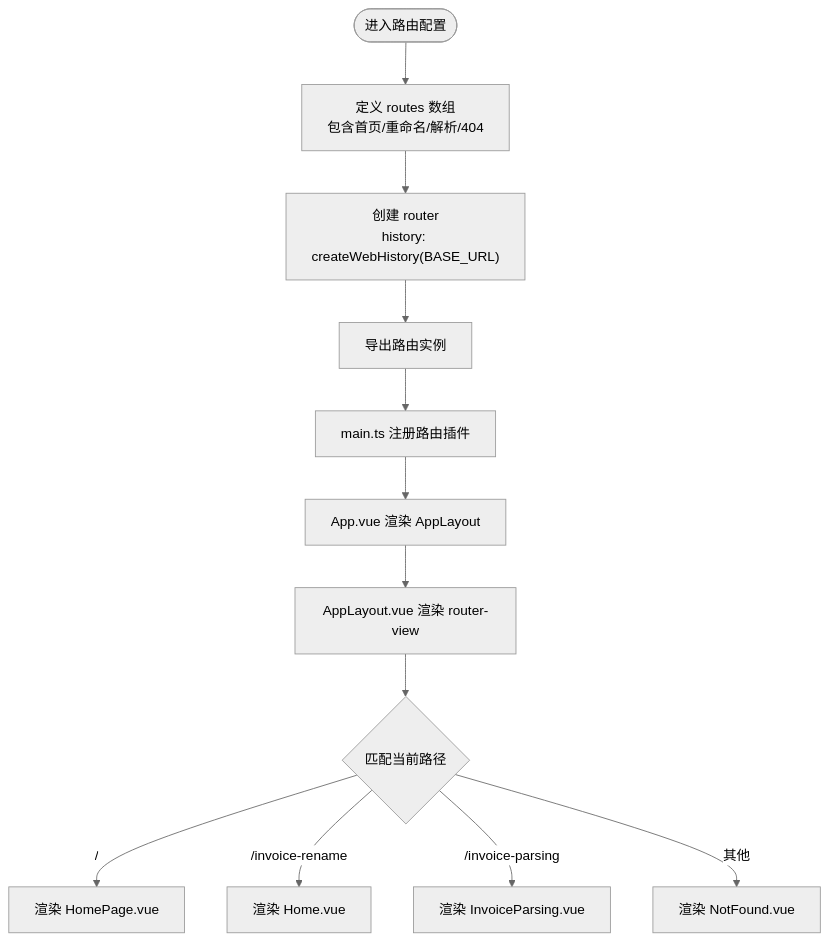
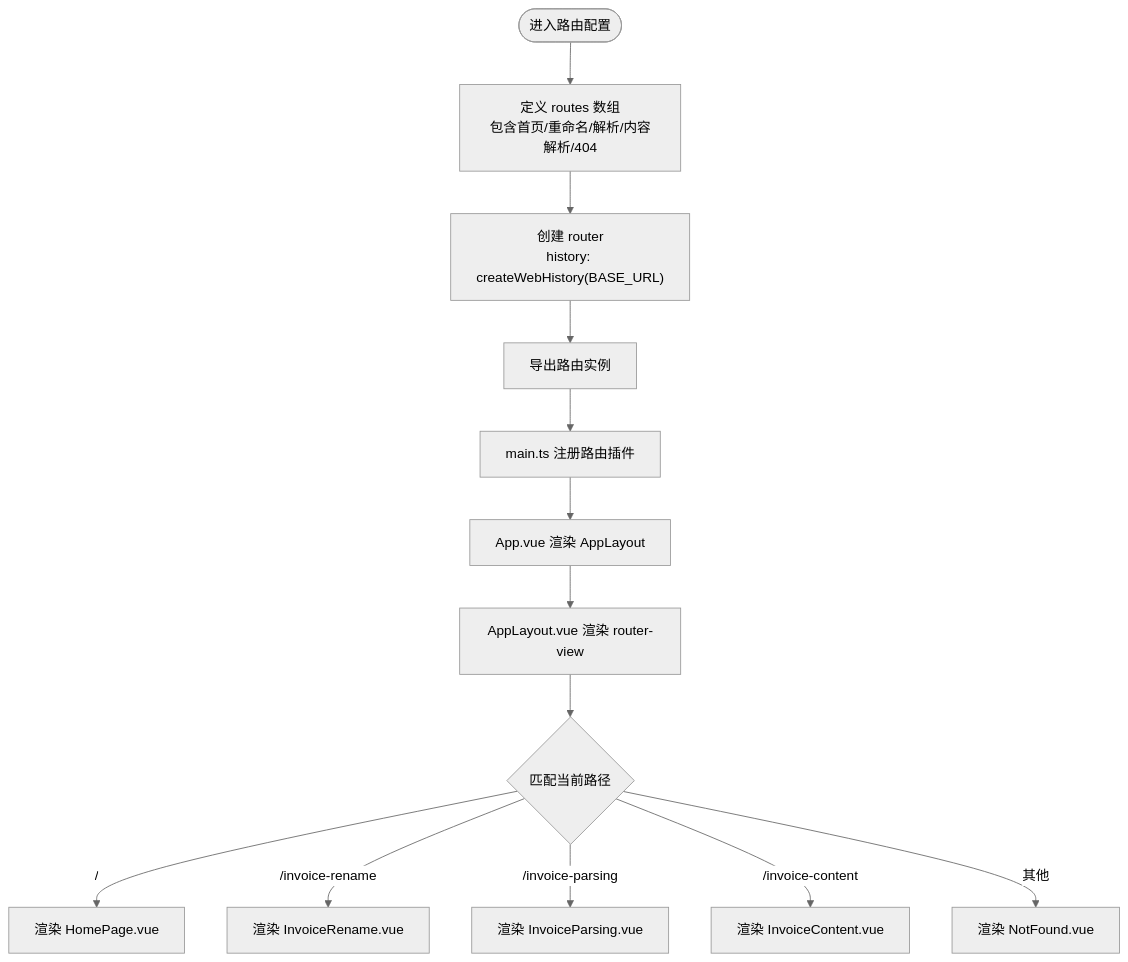
The third of 7 diagrams in .qoder/repowiki/zh/content/路由与导航.md (dunhuixiao/FinanceTools), drawn with Mermaid (neutral theme) before and after one commit. The commit also changed other lines of this file and 20 other files, not shown here.

````diff
--- a/.qoder/repowiki/zh/content/路由与导航.md
+++ b/.qoder/repowiki/zh/content/路由与导航.md
@@ -128,14 +137,15 @@
 ```mermaid
 flowchart TD
-Start(["进入路由配置"]) --> DefineRoutes["定义 routes 数组<br/>包含首页/重命名/解析/404"]
+Start(["进入路由配置"]) --> DefineRoutes["定义 routes 数组<br/>包含首页/重命名/解析/内容解析/404"]
 DefineRoutes --> History["创建 router<br/>history: createWebHistory(BASE_URL)"]
 History --> Export["导出路由实例"]
 Export --> UseInApp["main.ts 注册路由插件"]
 UseInApp --> RenderLayout["App.vue 渲染 AppLayout"]
 RenderLayout --> LayoutContainer["AppLayout.vue 渲染 router-view"]
 LayoutContainer --> MatchRoute{"匹配当前路径"}
 MatchRoute --> |"/"| HomePage["渲染 HomePage.vue"]
-MatchRoute --> |"/invoice-rename"| InvoiceRename["渲染 Home.vue"]
+MatchRoute --> |"/invoice-rename"| InvoiceRename["渲染 InvoiceRename.vue"]
 MatchRoute --> |"/invoice-parsing"| InvoiceParsing["渲染 InvoiceParsing.vue"]
+MatchRoute --> |"/invoice-content"| InvoiceContent["渲染 InvoiceContent.vue"]
 MatchRoute --> |其他| NotFound["渲染 NotFound.vue"]
 ```
````
